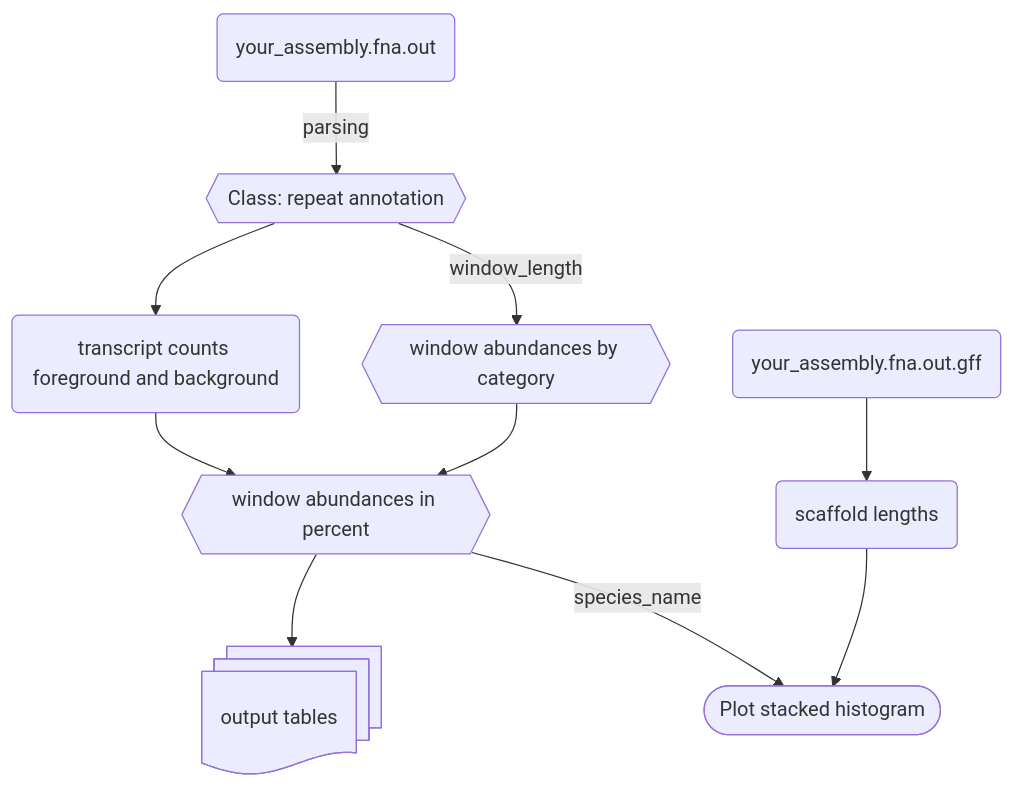
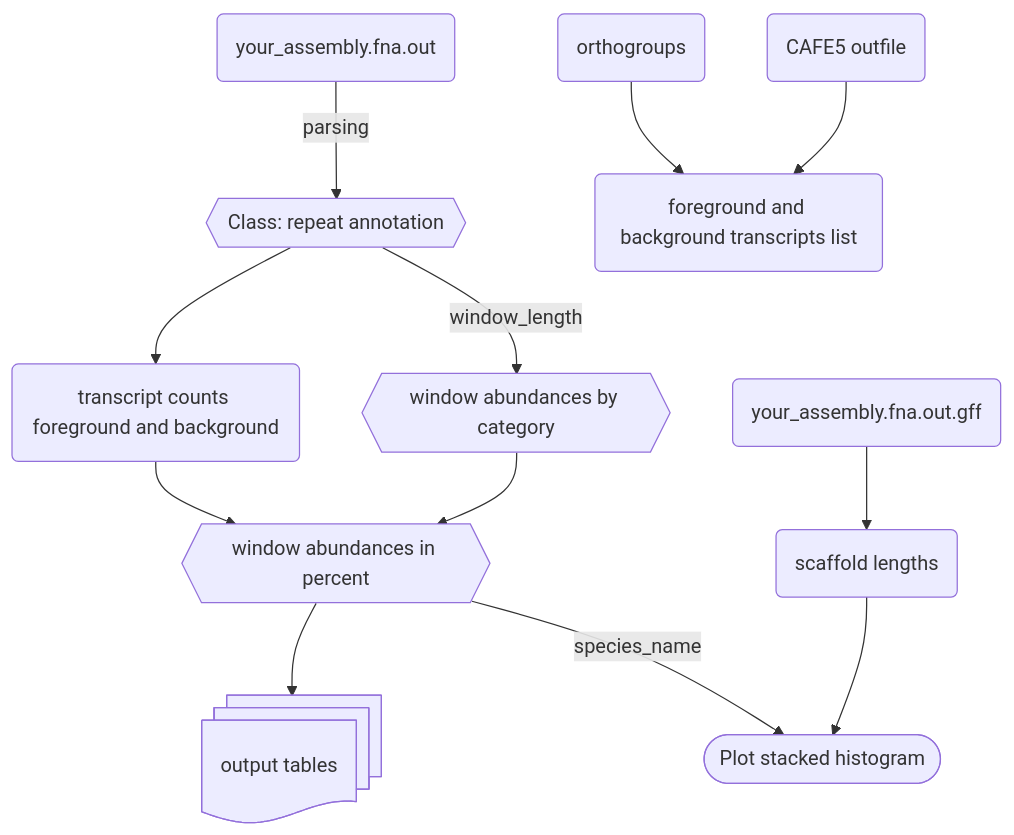
Before and after one commit to milena-t/ReVis: the second of 2 diagrams in README.md, drawn with Mermaid. The commit also changed other lines of this file, not shown here.

Commit message:
mermaid surroundings

````diff
--- a/README.md
+++ b/README.md
@@ -259,15 +259,22 @@
 ```mermaid
 graph TD;
     infile_out(your_assembly.fna.out);
     infile_out -- parsing --> rep_annot{{Class: repeat annotation}};
+
+    OGs(orthogroups);
+    CAFE(CAFE5 outfile);
+
+    OGs --> tr_list(foreground and background transcripts list);
+    CAFE --> tr_list
+
     rep_annot -- window_length --> win_ab{{window abundances by category}};
     rep_annot --> tr_count(transcript counts foreground and background);
     tr_count --> win_prop{{window abundances in percent}}
     win_ab --> win_prop
     infile_gff(your_assembly.fna.out.gff);
     infile_gff --> contig_coords(scaffold lengths);
 
     win_prop --> out_tab@{ shape: docs, label: "output tables" }
     win_prop -- species_name --> plot([Plot stacked histogram])
     contig_coords --> plot
 ```   
````
